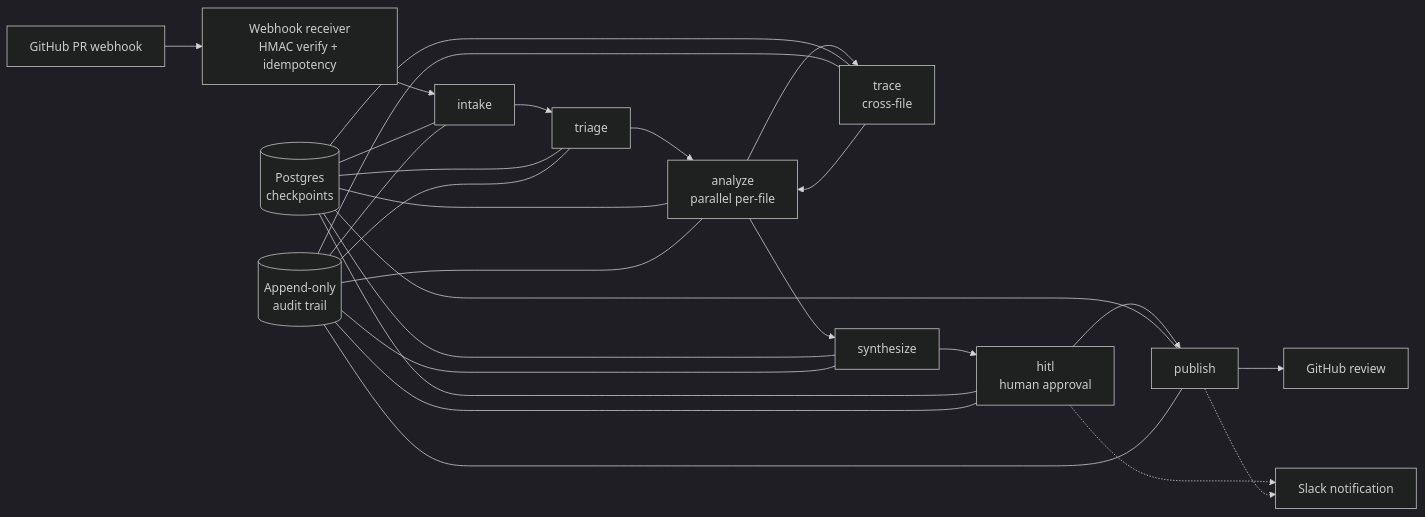
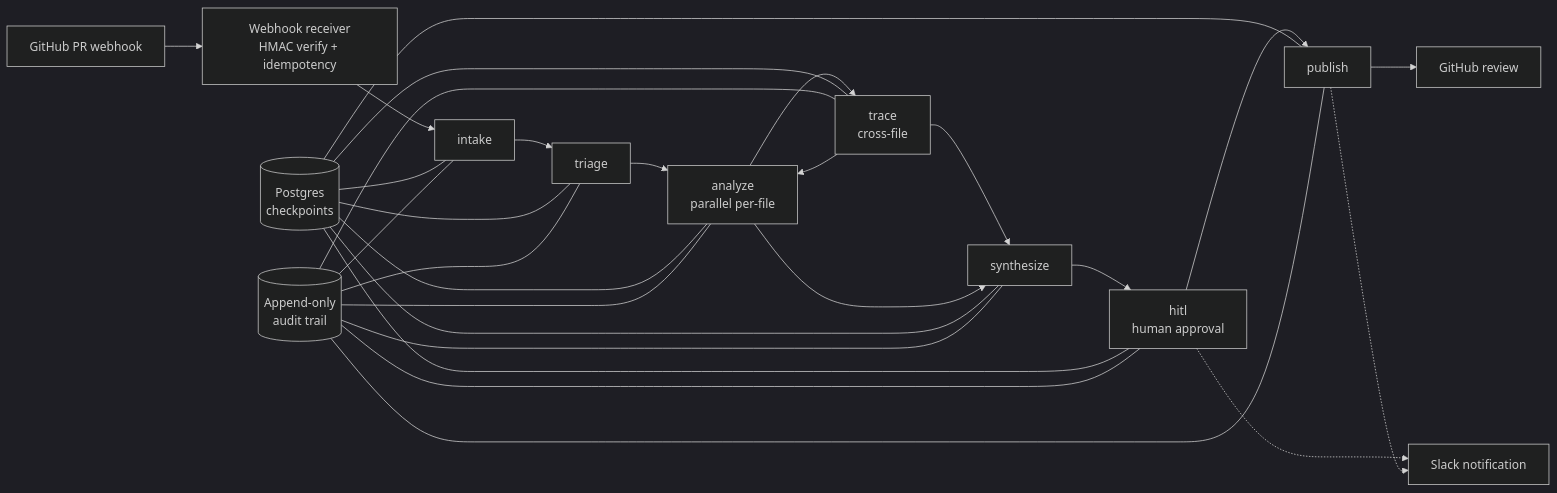
One commit to ddamme05/Outrider changed the first of 2 diagrams in README.md. Above: the diagram before and after it, drawn with Mermaid (dark theme). The commit also changed other lines of this file and 276 other files, not shown here.

````diff
--- a/README.md
+++ b/README.md
@@ -286,19 +290,20 @@
 ```mermaid
 flowchart LR
     GH[GitHub PR webhook] --> WH[Webhook receiver<br/>HMAC verify + idempotency]
     WH --> IN[intake]
     IN --> TR[triage]
     TR --> AN[analyze<br/>parallel per-file]
     AN --> XT[trace<br/>cross-file]
     XT --> AN
+    XT --> SY
     AN --> SY[synthesize]
     SY --> HI[hitl<br/>human approval]
     HI --> PB[publish]
     PB --> GHR[GitHub review]
 
     HI -.-> SL[Slack notification]
     PB -.-> SL
 
     CP[(Postgres<br/>checkpoints)] --- IN & TR & AN & XT & SY & HI & PB
     AU[(Append-only<br/>audit trail)] --- IN & TR & AN & XT & SY & HI & PB
 ```
````
